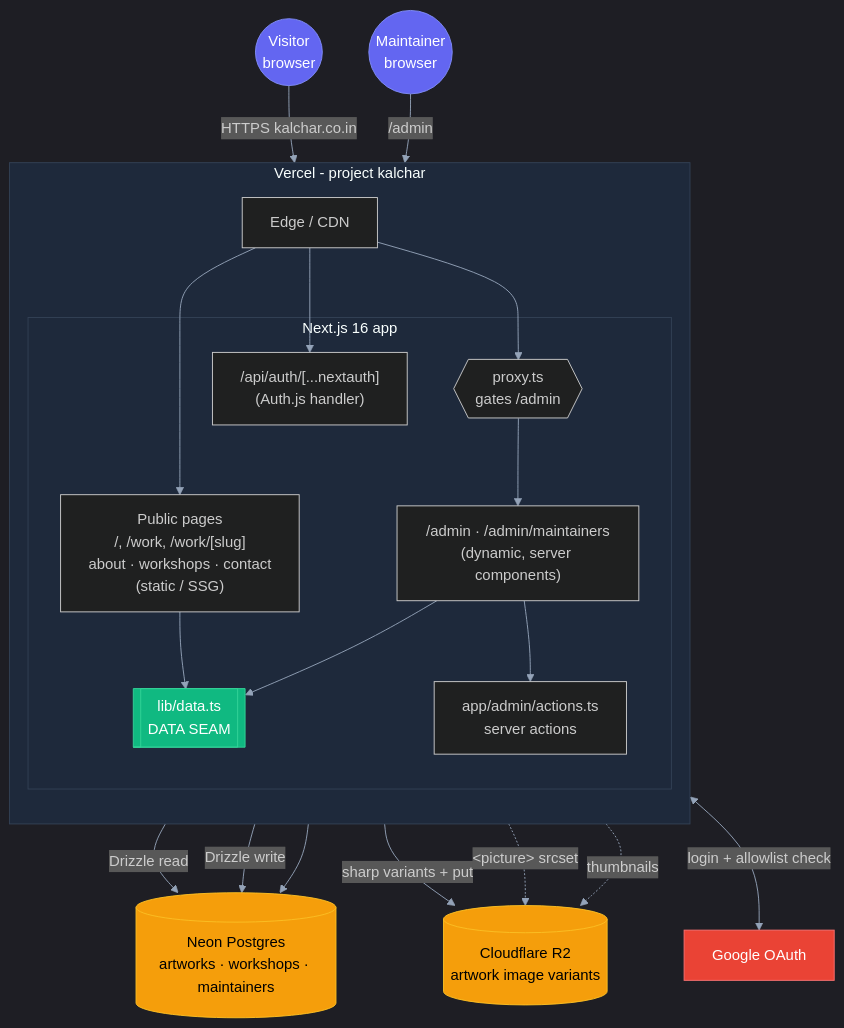
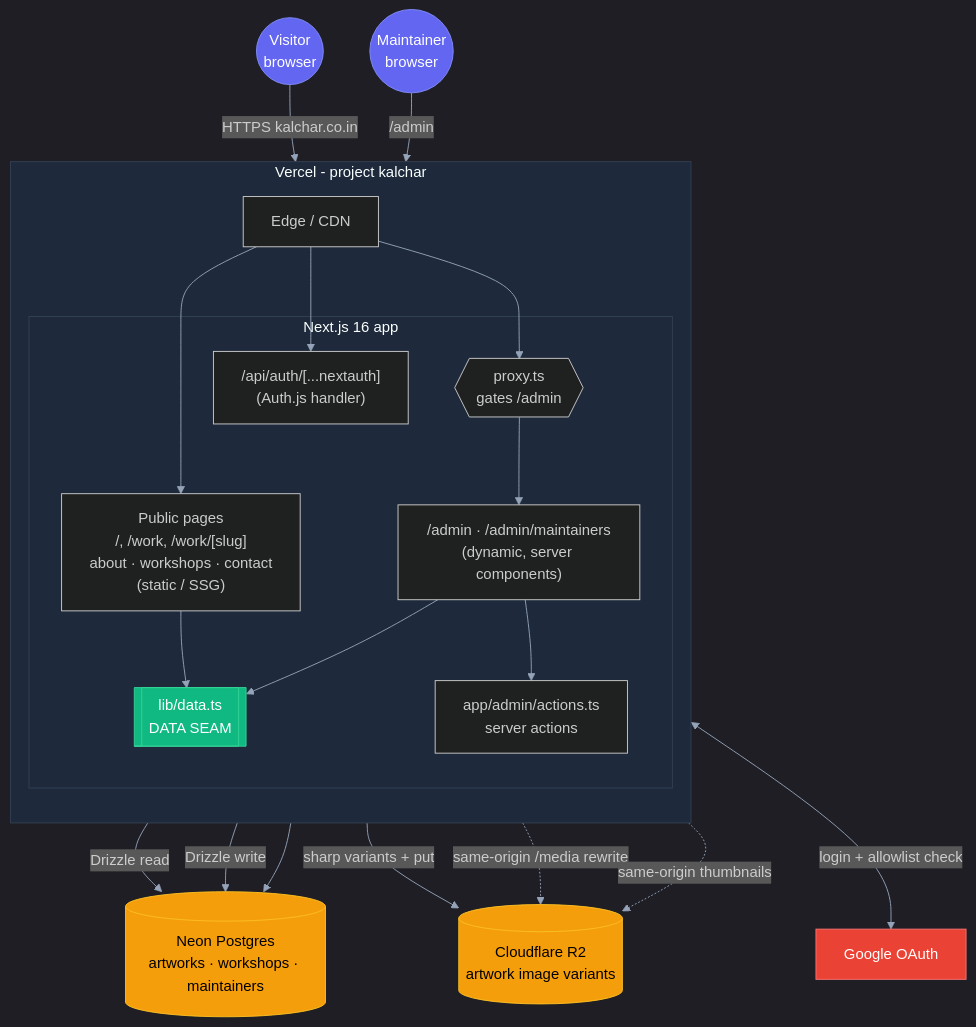
Before and after one commit to Sagargupta16/kalchar: the first of 3 diagrams in docs/ARCHITECTURE.md, drawn with Mermaid. The commit also changed other lines of this file and 19 other files, not shown here.

````diff
--- a/docs/ARCHITECTURE.md
+++ b/docs/ARCHITECTURE.md
@@ -13,44 +13,44 @@
 ```mermaid
 %%{init: {'theme':'dark','themeVariables':{'primaryColor':'#6366f1','primaryTextColor':'#fff','primaryBorderColor':'#818cf8','lineColor':'#94a3b8','clusterBkg':'#1e293b','clusterBorder':'#334155'}}}%%
 flowchart TB
     visitor((Visitor<br/>browser))
     admin((Maintainer<br/>browser))
     google[Google OAuth]
 
     subgraph vercel["Vercel  -  project kalchar"]
         direction TB
         edge[Edge / CDN]
         subgraph app["Next.js 16 app"]
             pub["Public pages<br/>/, /work, /work/[slug]<br/>about · workshops · contact<br/>(static / SSG)"]
             adm["/admin · /admin/maintainers<br/>(dynamic, server components)"]
             api["/api/auth/[...nextauth]<br/>(Auth.js handler)"]
             mw{{proxy.ts<br/>gates /admin}}
             seam[["lib/data.ts<br/>DATA SEAM"]]
             act["app/admin/actions.ts<br/>server actions"]
         end
     end
 
     neon[("Neon Postgres<br/>artworks · workshops · maintainers")]
     r2[("Cloudflare R2<br/>artwork image variants")]
 
     visitor -->|HTTPS kalchar.co.in| edge --> pub
     admin -->|/admin| edge --> mw --> adm
     edge --> api
     pub --> seam
     adm --> seam
     adm --> act
     seam -->|Drizzle read| neon
     act -->|Drizzle write| neon
     act -->|sharp variants + put| r2
     api <-->|login + allowlist check| google
     api --> neon
-    pub -. "&lt;picture&gt; srcset" .-> r2
-    adm -. thumbnails .-> r2
+    pub -. "same-origin /media rewrite" .-> r2
+    adm -. "same-origin thumbnails" .-> r2
 
     style visitor fill:#6366f1,color:#fff,stroke:#818cf8
     style admin fill:#6366f1,color:#fff,stroke:#818cf8
     style neon fill:#f59e0b,color:#000,stroke:#fbbf24
     style r2 fill:#f59e0b,color:#000,stroke:#fbbf24
     style google fill:#ea4335,color:#fff,stroke:#f87171
     style seam fill:#10b981,color:#fff,stroke:#34d399
 ```
````
